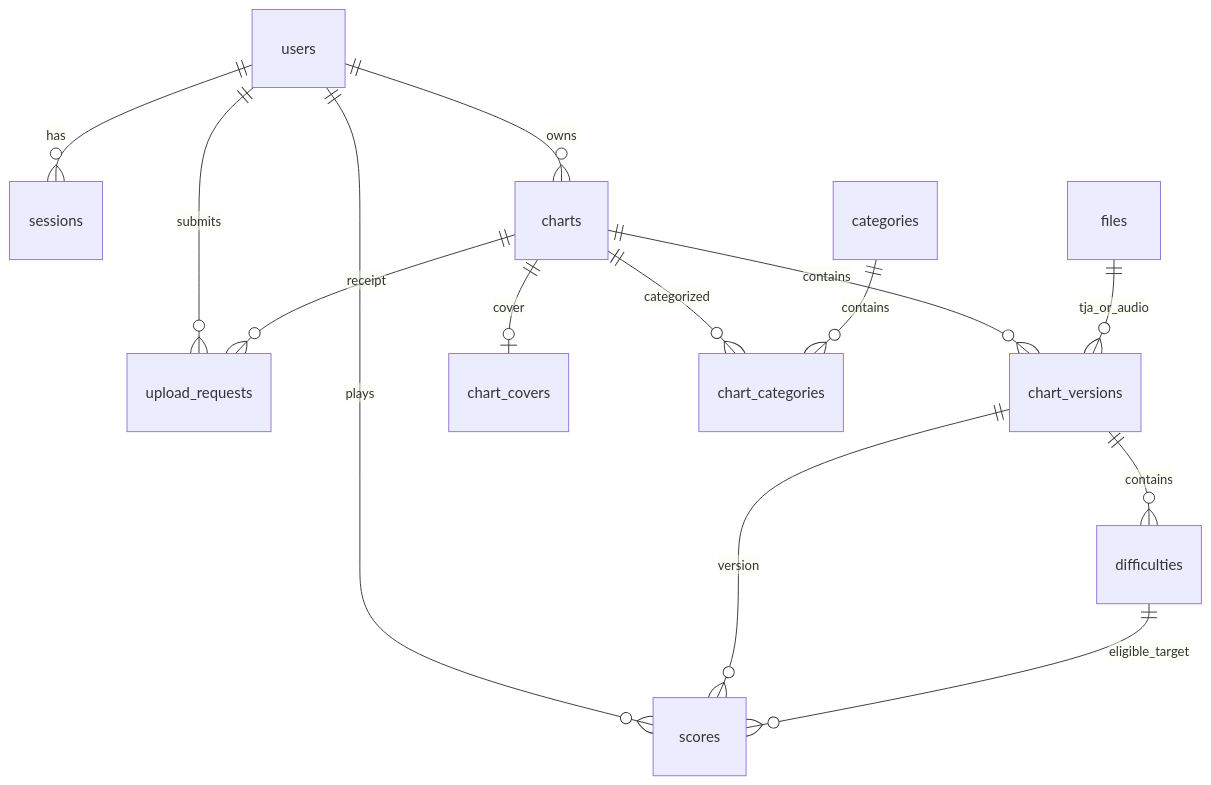
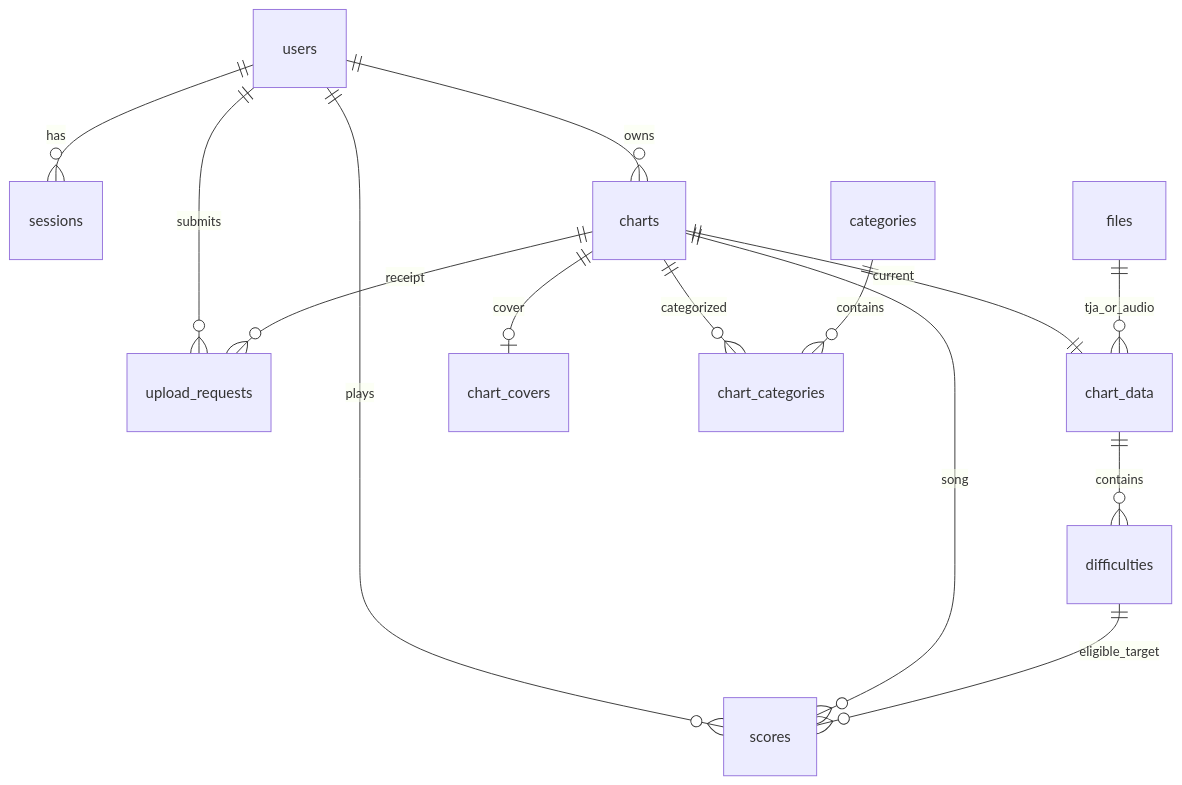
The diagram in docs/DATABASE.md (OurTaiko/FanmadeBackend), drawn with Mermaid before and after one commit. The commit also changed other lines of this file and 42 other files, not shown here.

Commit message:
feat: replace chart revisions with current song resources

````diff
--- a/docs/DATABASE.md
+++ b/docs/DATABASE.md
@@ -19,16 +19,16 @@
 ```mermaid
 erDiagram
   users ||--o{ sessions : has
   users ||--o{ charts : owns
   users ||--o{ scores : plays
   users ||--o{ upload_requests : submits
-  charts ||--o{ chart_versions : contains
-  files ||--o{ chart_versions : tja_or_audio
-  chart_versions ||--o{ difficulties : contains
-  chart_versions ||--o{ scores : version
+  charts ||--|| chart_data : current
+  files ||--o{ chart_data : tja_or_audio
+  chart_data ||--o{ difficulties : contains
+  charts ||--o{ scores : song
   difficulties ||--o{ scores : eligible_target
   charts ||--o{ upload_requests : receipt
   charts ||--o| chart_covers : cover
   charts ||--o{ chart_categories : categorized
   categories ||--o{ chart_categories : contains
 ```
````
